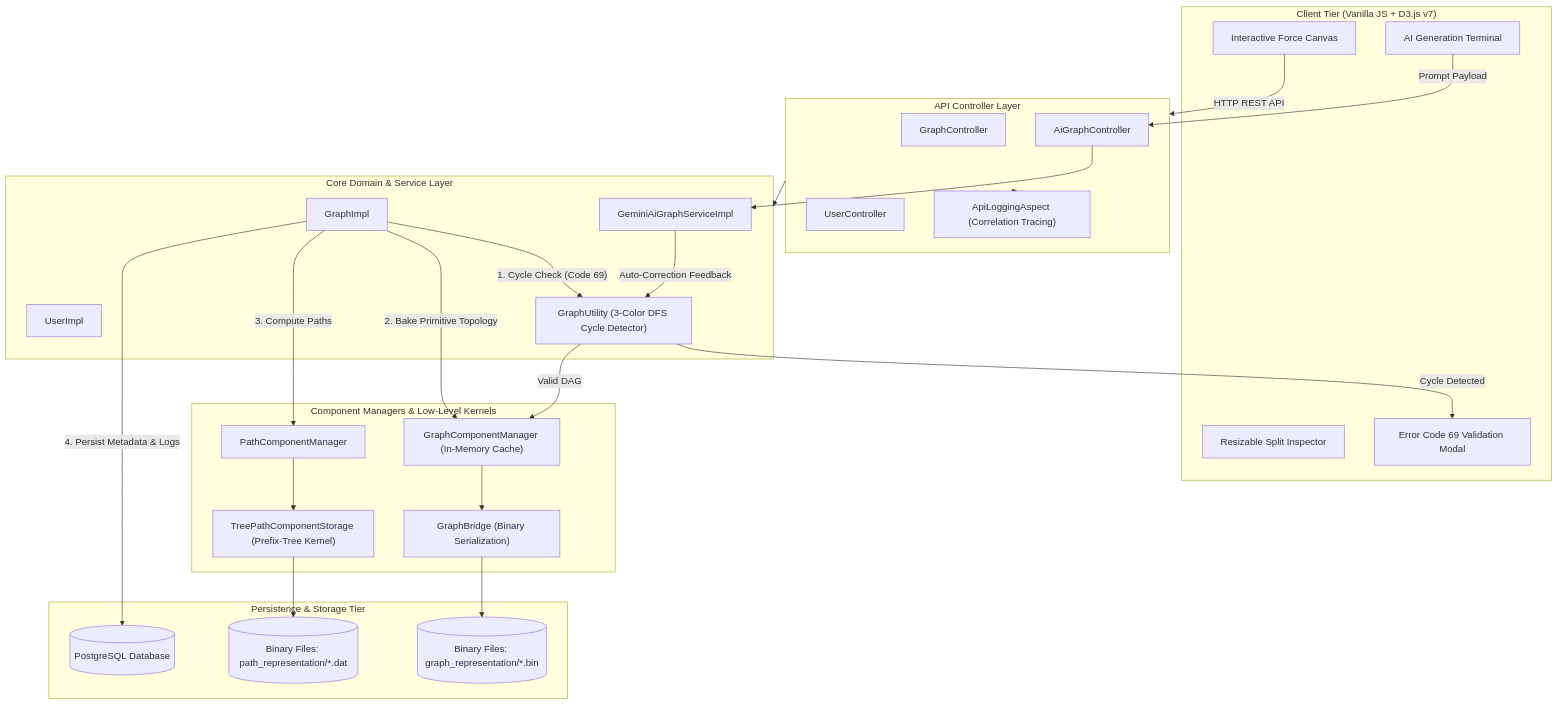
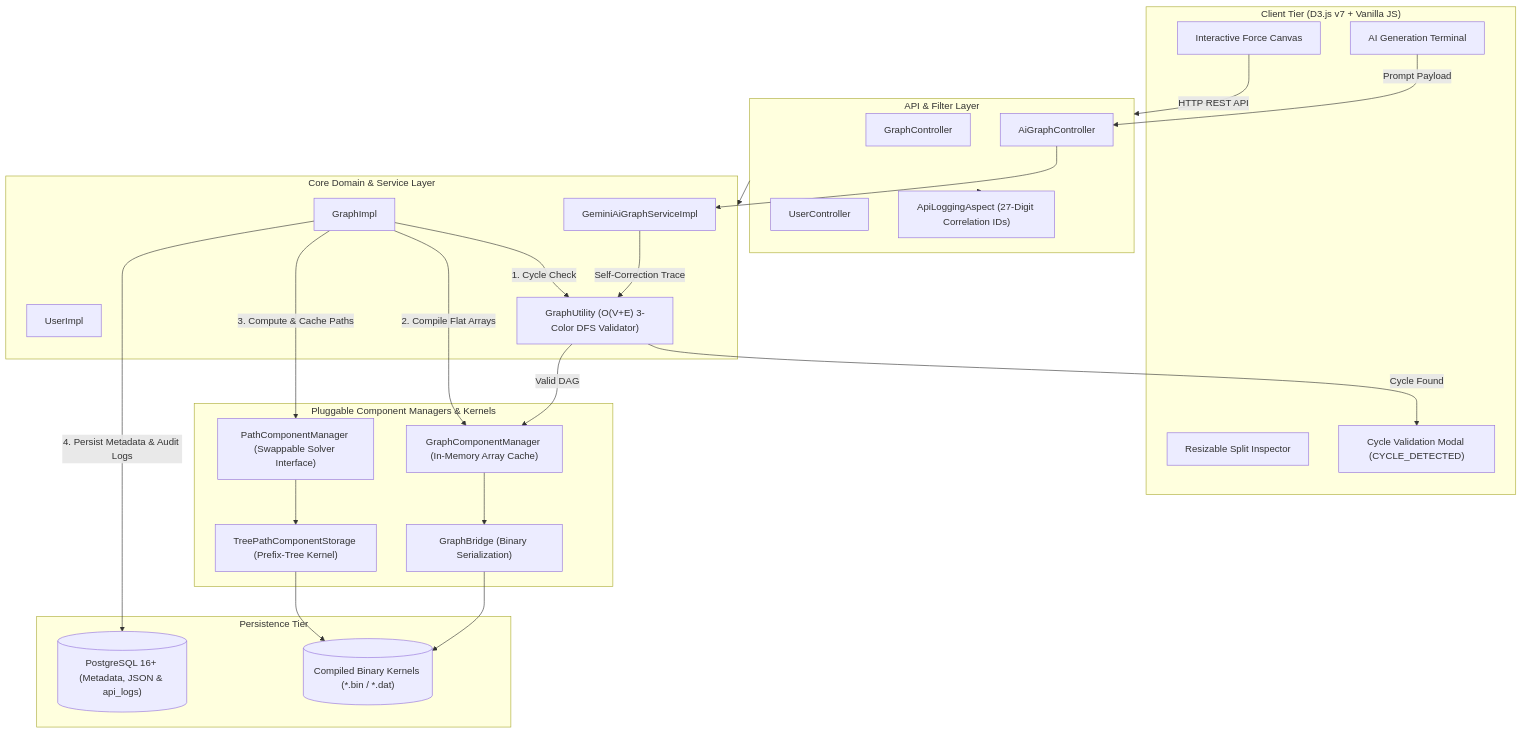
Before and after one commit to adityakumar565/Project-Nexus: the diagram in README.md, drawn with Mermaid. The commit also changed other lines of this file, not shown here.

````diff
--- a/README.md
+++ b/README.md
@@ -67,58 +65,57 @@
 ```mermaid
 flowchart TD
-    subgraph Client["Client Tier (Vanilla JS + D3.js v7)"]
+    subgraph Client["Client Tier (D3.js v7 + Vanilla JS)"]
         UI["Interactive Force Canvas"]
         Insp["Resizable Split Inspector"]
-        ValModal["Error Code 69 Validation Modal"]
+        ValModal["Cycle Validation Modal (CYCLE_DETECTED)"]
         AITerm["AI Generation Terminal"]
     end
 
-    subgraph ControllerLayer["API Controller Layer"]
+    subgraph ControllerLayer["API & Filter Layer"]
         GC["GraphController"]
         UC["UserController"]
         AIC["AiGraphController"]
-        LogAspect["ApiLoggingAspect (Correlation Tracing)"]
+        LogAspect["ApiLoggingAspect (27-Digit Correlation IDs)"]
     end
 
     subgraph ServiceLayer["Core Domain & Service Layer"]
         GI["GraphImpl"]
         UI_Service["UserImpl"]
         AIService["GeminiAiGraphServiceImpl"]
-        GUtil["GraphUtility (3-Color DFS Cycle Detector)"]
+        GUtil["GraphUtility (O(V+E) 3-Color DFS Validator)"]
     end
 
-    subgraph EngineKernels["Component Managers & Low-Level Kernels"]
-        GCM["GraphComponentManager (In-Memory Cache)"]
+    subgraph EngineKernels["Pluggable Component Managers & Kernels"]
+        GCM["GraphComponentManager (In-Memory Array Cache)"]
         GBridge["GraphBridge (Binary Serialization)"]
-        PCM["PathComponentManager"]
+        PCM["PathComponentManager (Swappable Solver Interface)"]
         TreeStorage["TreePathComponentStorage (Prefix-Tree Kernel)"]
     end
 
-    subgraph Persistence["Persistence & Storage Tier"]
-        DB[("PostgreSQL Database")]
-        DiskStorage[("Binary Files: graph_representation/*.bin")]
-        PathStorage[("Binary Files: path_representation/*.dat")]
+    subgraph Persistence["Persistence Tier"]
+        DB[("PostgreSQL 16+ (Metadata, JSON & api_logs)")]
+        DiskStorage[("Compiled Binary Kernels (*.bin / *.dat)")]
     end
 
     UI -->|"HTTP REST API"| ControllerLayer
     AITerm -->|"Prompt Payload"| AIC
     AIC --> AIService
-    AIService -->|"Auto-Correction Feedback"| GUtil
-    
+    AIService -->|"Self-Correction Trace"| GUtil
+
     ControllerLayer --> LogAspect
     ControllerLayer --> ServiceLayer
-    
-    GI -->|"1. Cycle Check (Code 69)"| GUtil
-    GUtil -- "Cycle Detected" --> ValModal
+
+    GI -->|"1. Cycle Check"| GUtil
+    GUtil -- "Cycle Found" --> ValModal
     GUtil -- "Valid DAG" --> GCM
-    
-    GI -->|"2. Bake Primitive Topology"| GCM
+
+    GI -->|"2. Compile Flat Arrays"| GCM
     GCM --> GBridge
     GBridge --> DiskStorage
-    
-    GI -->|"3. Compute Paths"| PCM
+
+    GI -->|"3. Compute & Cache Paths"| PCM
     PCM --> TreeStorage
-    TreeStorage --> PathStorage
-    
-    GI -->|"4. Persist Metadata & Logs"| DB
+    TreeStorage --> DiskStorage
+
+    GI -->|"4. Persist Metadata & Audit Logs"| DB
 ```
````
